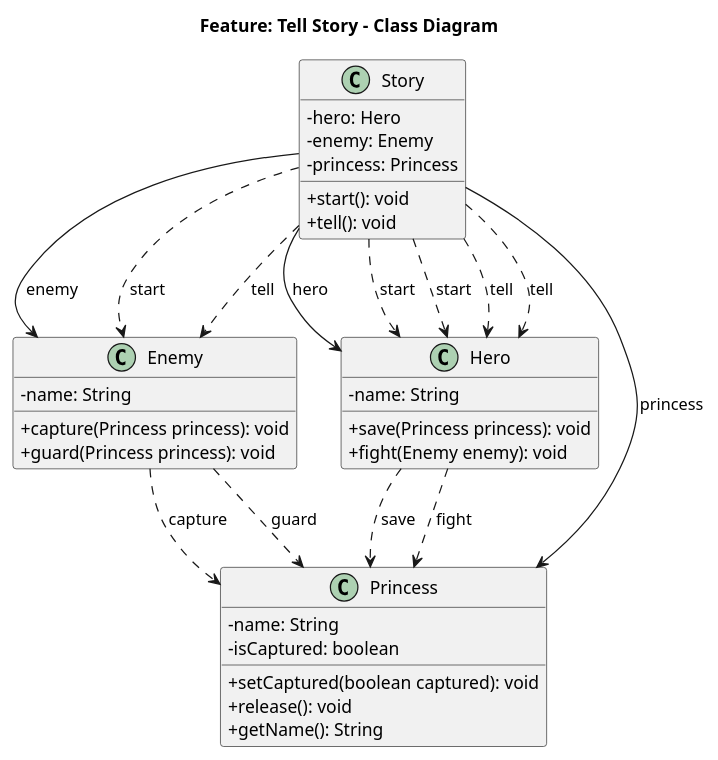
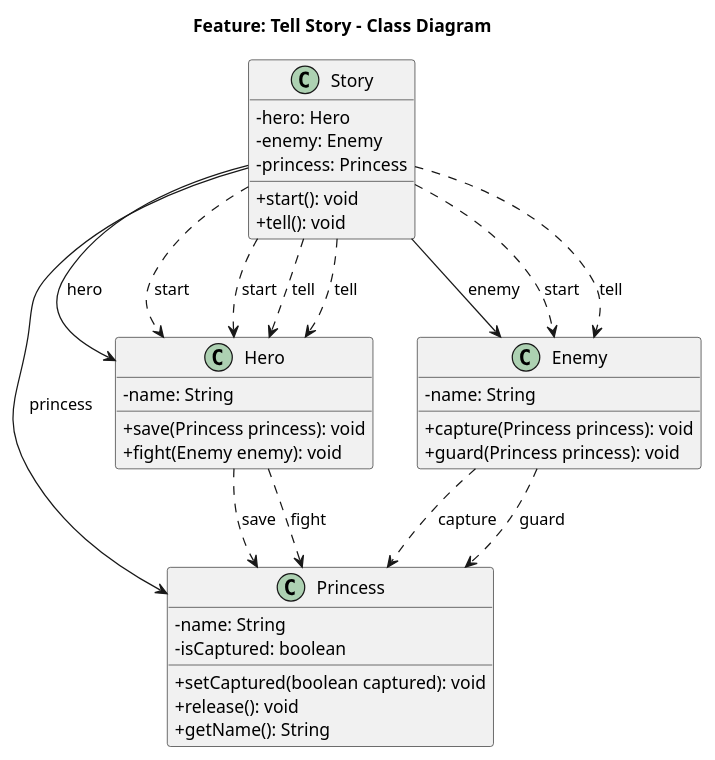
Before and after one commit to Adityarane012/UMLRev---SE-Project: the diagram in output/tell_story_class.puml, drawn with PlantUML. The commit also changed other lines of this file and 77 other files, not shown here.

```diff
--- a/output/tell_story_class.puml
+++ b/output/tell_story_class.puml
@@ -1,43 +1,43 @@
 @startuml
 title Feature: Tell Story - Class Diagram
 skinparam classAttributeIconSize 0
 skinparam roundcorner 5
 skinparam packageStyle rectangle
-class Enemy {
+class Princess {
   - name: String
-  + capture(Princess princess): void
-  + guard(Princess princess): void
+  - isCaptured: boolean
+  + setCaptured(boolean captured): void
+  + release(): void
+  + getName(): String
 }
 class Hero {
   - name: String
   + save(Princess princess): void
   + fight(Enemy enemy): void
 }
 class Story {
   - hero: Hero
   - enemy: Enemy
   - princess: Princess
   + start(): void
   + tell(): void
 }
-class Princess {
+class Enemy {
   - name: String
-  - isCaptured: boolean
-  + setCaptured(boolean captured): void
-  + release(): void
-  + getName(): String
+  + capture(Princess princess): void
+  + guard(Princess princess): void
 }
 Enemy ..> Princess : capture
 Enemy ..> Princess : guard
 Hero ..> Princess : save
 Hero ..> Princess : fight
 Story --> Hero : hero
 Story --> Enemy : enemy
 Story --> Princess : princess
 Story ..> Enemy : start
 Story ..> Hero : start
 Story ..> Hero : start
 Story ..> Enemy : tell
 Story ..> Hero : tell
 Story ..> Hero : tell
 @enduml
```
